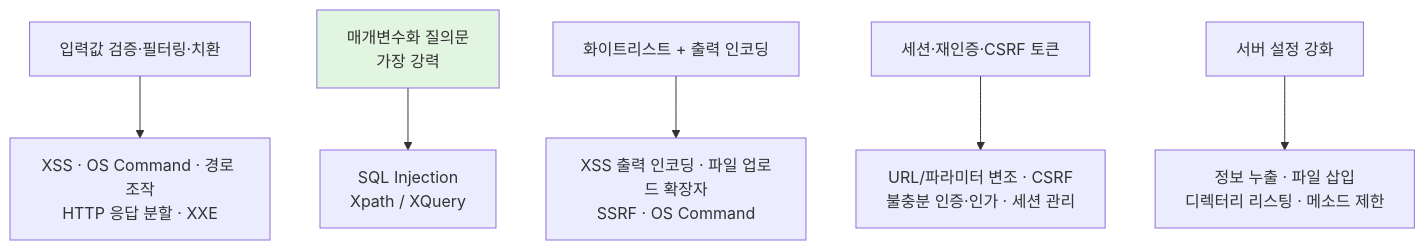
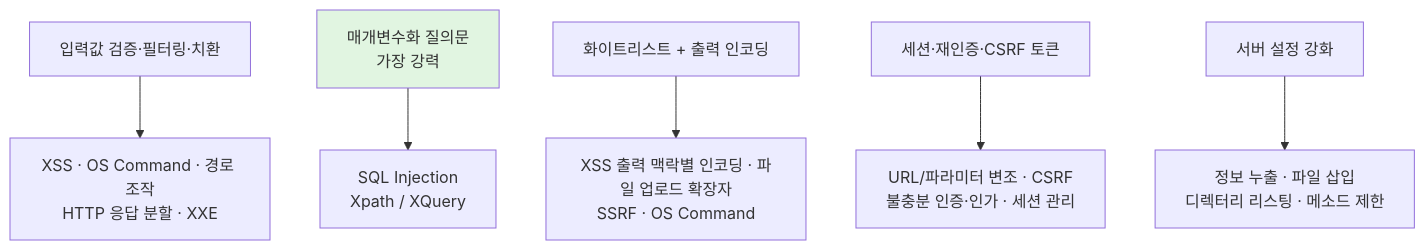
One commit to ianrang/cs-study changed the fifth of 5 diagrams in cs/information-security/study/03.application-security/05.web-app-attacks.md. Above: the diagram before and after it, drawn with Mermaid. The commit also changed other lines of this file and 5 other files, not shown here.

````diff
--- a/cs/information-security/study/03.application-security/05.web-app-attacks.md
+++ b/cs/information-security/study/03.application-security/05.web-app-attacks.md
@@ -933,16 +938,16 @@
 ```mermaid
 graph TD
   D1[입력값 검증·필터링·치환]
   D2[매개변수화 질의문<br/>가장 강력]
   D3[화이트리스트 + 출력 인코딩]
   D4[세션·재인증·CSRF 토큰]
   D5[서버 설정 강화]
 
   D1 --> A1[XSS · OS Command · 경로 조작<br/>HTTP 응답 분할 · XXE]
   D2 --> A2[SQL Injection<br/>Xpath / XQuery]
-  D3 --> A3[XSS 출력 인코딩 · 파일 업로드 확장자<br/>SSRF · OS Command]
+  D3 --> A3[XSS 출력 맥락별 인코딩 · 파일 업로드 확장자<br/>SSRF · OS Command]
   D4 --> A4[URL/파라미터 변조 · CSRF<br/>불충분 인증·인가 · 세션 관리]
   D5 --> A5[정보 누출 · 파일 삽입<br/>디렉터리 리스팅 · 메소드 제한]
 
   style D2 fill:#e1f5e1
 ```
````
